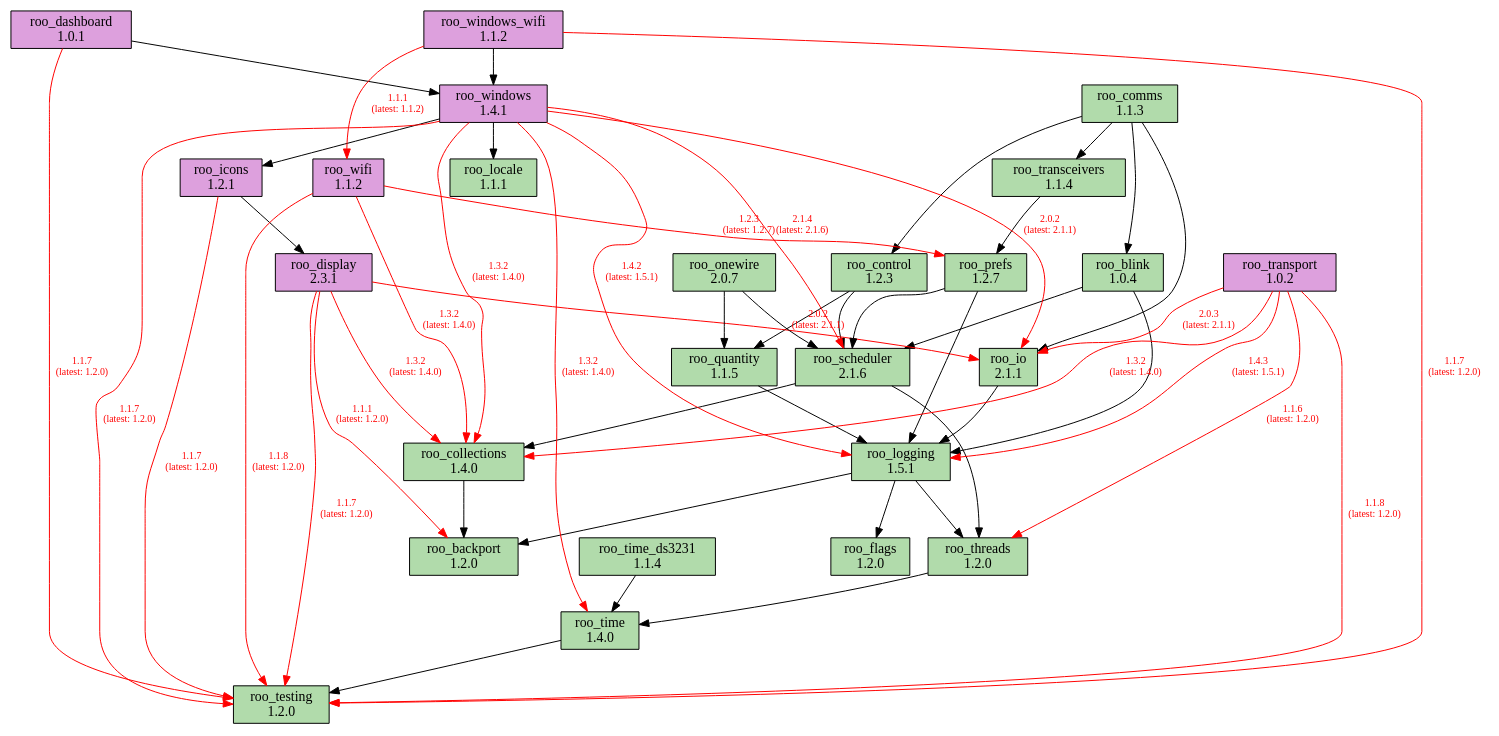
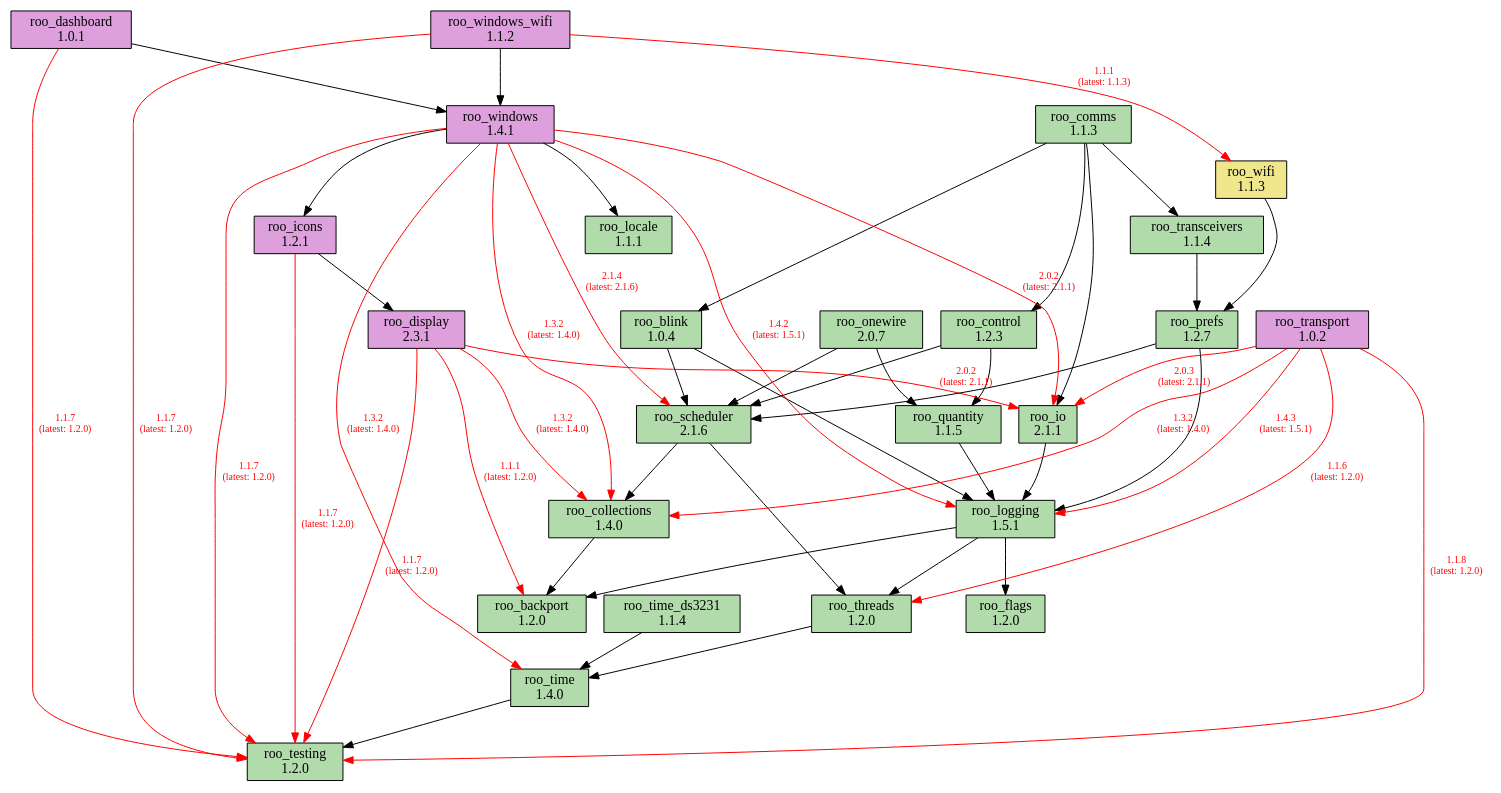
The diagram in doc/dependencies.dot (dejwk/roo-registry), drawn with Graphviz before and after one commit. The commit also changed 3 other files, not shown here.

Commit message:
Added roo_wifi 1.1.3 to the registry.

```diff
--- a/doc/dependencies.dot
+++ b/doc/dependencies.dot
@@ -1,85 +1,83 @@
 digraph dependencies {
     rankdir=TB;
     node [shape=box, style=filled];
     edge [fontsize=10];
 
     // Modules
     "roo_backport" [label="roo_backport\n1.2.0", fillcolor="#b1dbab"];
     "roo_blink" [label="roo_blink\n1.0.4", fillcolor="#b1dbab"];
     "roo_collections" [label="roo_collections\n1.4.0", fillcolor="#b1dbab"];
     "roo_comms" [label="roo_comms\n1.1.3", fillcolor="#b1dbab"];
     "roo_control" [label="roo_control\n1.2.3", fillcolor="#b1dbab"];
     "roo_dashboard" [label="roo_dashboard\n1.0.1", fillcolor="plum"];
     "roo_display" [label="roo_display\n2.3.1", fillcolor="plum"];
     "roo_flags" [label="roo_flags\n1.2.0", fillcolor="#b1dbab"];
     "roo_icons" [label="roo_icons\n1.2.1", fillcolor="plum"];
     "roo_io" [label="roo_io\n2.1.1", fillcolor="#b1dbab"];
     "roo_locale" [label="roo_locale\n1.1.1", fillcolor="#b1dbab"];
     "roo_logging" [label="roo_logging\n1.5.1", fillcolor="#b1dbab"];
     "roo_onewire" [label="roo_onewire\n2.0.7", fillcolor="#b1dbab"];
     "roo_prefs" [label="roo_prefs\n1.2.7", fillcolor="#b1dbab"];
     "roo_quantity" [label="roo_quantity\n1.1.5", fillcolor="#b1dbab"];
     "roo_scheduler" [label="roo_scheduler\n2.1.6", fillcolor="#b1dbab"];
     "roo_testing" [label="roo_testing\n1.2.0", fillcolor="#b1dbab"];
     "roo_threads" [label="roo_threads\n1.2.0", fillcolor="#b1dbab"];
     "roo_time" [label="roo_time\n1.4.0", fillcolor="#b1dbab"];
     "roo_time_ds3231" [label="roo_time_ds3231\n1.1.4", fillcolor="#b1dbab"];
     "roo_transceivers" [label="roo_transceivers\n1.1.4", fillcolor="#b1dbab"];
     "roo_transport" [label="roo_transport\n1.0.2", fillcolor="plum"];
-    "roo_wifi" [label="roo_wifi\n1.1.2", fillcolor="plum"];
+    "roo_wifi" [label="roo_wifi\n1.1.3", fillcolor="khaki"];
     "roo_windows" [label="roo_windows\n1.4.1", fillcolor="plum"];
     "roo_windows_wifi" [label="roo_windows_wifi\n1.1.2", fillcolor="plum"];
 
     // Dependencies
     "roo_blink" -> "roo_logging";
     "roo_blink" -> "roo_scheduler";
     "roo_collections" -> "roo_backport";
     "roo_comms" -> "roo_blink";
     "roo_comms" -> "roo_control";
     "roo_comms" -> "roo_io";
     "roo_comms" -> "roo_transceivers";
     "roo_control" -> "roo_quantity";
     "roo_control" -> "roo_scheduler";
     "roo_dashboard" -> "roo_testing" [color=red, fontcolor=red, label="1.1.7\n(latest: 1.2.0)"];
     "roo_dashboard" -> "roo_windows";
     "roo_display" -> "roo_testing" [color=red, fontcolor=red, label="1.1.7\n(latest: 1.2.0)"];
     "roo_display" -> "roo_backport" [color=red, fontcolor=red, label="1.1.1\n(latest: 1.2.0)"];
     "roo_display" -> "roo_collections" [color=red, fontcolor=red, label="1.3.2\n(latest: 1.4.0)"];
     "roo_display" -> "roo_io" [color=red, fontcolor=red, label="2.0.2\n(latest: 2.1.1)"];
     "roo_icons" -> "roo_testing" [color=red, fontcolor=red, label="1.1.7\n(latest: 1.2.0)"];
     "roo_icons" -> "roo_display";
     "roo_io" -> "roo_logging";
     "roo_logging" -> "roo_backport";
     "roo_logging" -> "roo_flags";
     "roo_logging" -> "roo_threads";
     "roo_onewire" -> "roo_scheduler";
     "roo_onewire" -> "roo_quantity";
     "roo_prefs" -> "roo_logging";
     "roo_prefs" -> "roo_scheduler";
     "roo_quantity" -> "roo_logging";
     "roo_scheduler" -> "roo_collections";
     "roo_scheduler" -> "roo_threads";
     "roo_threads" -> "roo_time";
     "roo_time" -> "roo_testing";
     "roo_time_ds3231" -> "roo_time";
     "roo_transceivers" -> "roo_prefs";
     "roo_transport" -> "roo_testing" [color=red, fontcolor=red, label="1.1.8\n(latest: 1.2.0)"];
     "roo_transport" -> "roo_collections" [color=red, fontcolor=red, label="1.3.2\n(latest: 1.4.0)"];
     "roo_transport" -> "roo_io" [color=red, fontcolor=red, label="2.0.3\n(latest: 2.1.1)"];
     "roo_transport" -> "roo_logging" [color=red, fontcolor=red, label="1.4.3\n(latest: 1.5.1)"];
     "roo_transport" -> "roo_threads" [color=red, fontcolor=red, label="1.1.6\n(latest: 1.2.0)"];
-    "roo_wifi" -> "roo_testing" [color=red, fontcolor=red, label="1.1.8\n(latest: 1.2.0)"];
-    "roo_wifi" -> "roo_collections" [color=red, fontcolor=red, label="1.3.2\n(latest: 1.4.0)"];
-    "roo_wifi" -> "roo_prefs" [color=red, fontcolor=red, label="1.2.3\n(latest: 1.2.7)"];
+    "roo_wifi" -> "roo_prefs";
     "roo_windows" -> "roo_testing" [color=red, fontcolor=red, label="1.1.7\n(latest: 1.2.0)"];
     "roo_windows" -> "roo_collections" [color=red, fontcolor=red, label="1.3.2\n(latest: 1.4.0)"];
     "roo_windows" -> "roo_locale";
     "roo_windows" -> "roo_logging" [color=red, fontcolor=red, label="1.4.2\n(latest: 1.5.1)"];
     "roo_windows" -> "roo_icons";
     "roo_windows" -> "roo_io" [color=red, fontcolor=red, label="2.0.2\n(latest: 2.1.1)"];
     "roo_windows" -> "roo_scheduler" [color=red, fontcolor=red, label="2.1.4\n(latest: 2.1.6)"];
     "roo_windows" -> "roo_time" [color=red, fontcolor=red, label="1.3.2\n(latest: 1.4.0)"];
     "roo_windows_wifi" -> "roo_testing" [color=red, fontcolor=red, label="1.1.7\n(latest: 1.2.0)"];
-    "roo_windows_wifi" -> "roo_wifi" [color=red, fontcolor=red, label="1.1.1\n(latest: 1.1.2)"];
+    "roo_windows_wifi" -> "roo_wifi" [color=red, fontcolor=red, label="1.1.1\n(latest: 1.1.3)"];
     "roo_windows_wifi" -> "roo_windows";
 }
```
